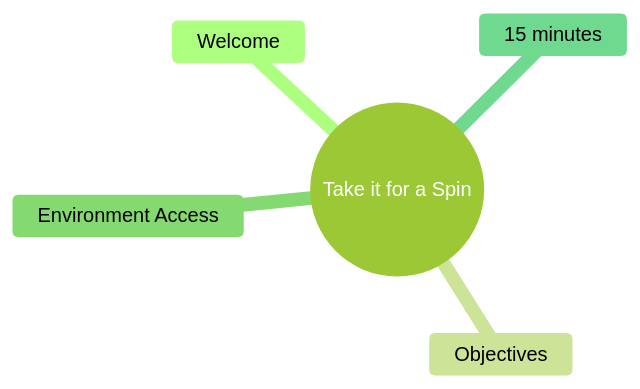
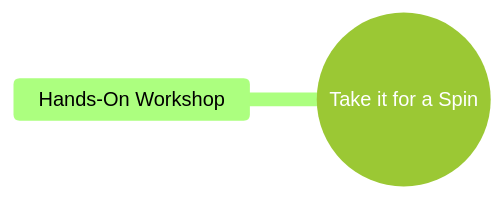
One commit to tme-tech-ops/take-it-for-a-spin-partner-training changed the diagram in docs/Instructor_Screen_Flow/slide_01_introduction.mmd. Above: the diagram before and after it, drawn with Mermaid (forest theme). The commit also changed 14 other files, not shown here.

First line of the commit message:
Simplify diagrams to match PPT slide content exactly

```diff
--- a/docs/Instructor_Screen_Flow/slide_01_introduction.mmd
+++ b/docs/Instructor_Screen_Flow/slide_01_introduction.mmd
@@ -1,6 +1,3 @@
 mindmap
   root((Take it for a Spin))
-    Welcome
-    Objectives
-    Environment Access
-    15 minutes
+    Hands-On Workshop
```
